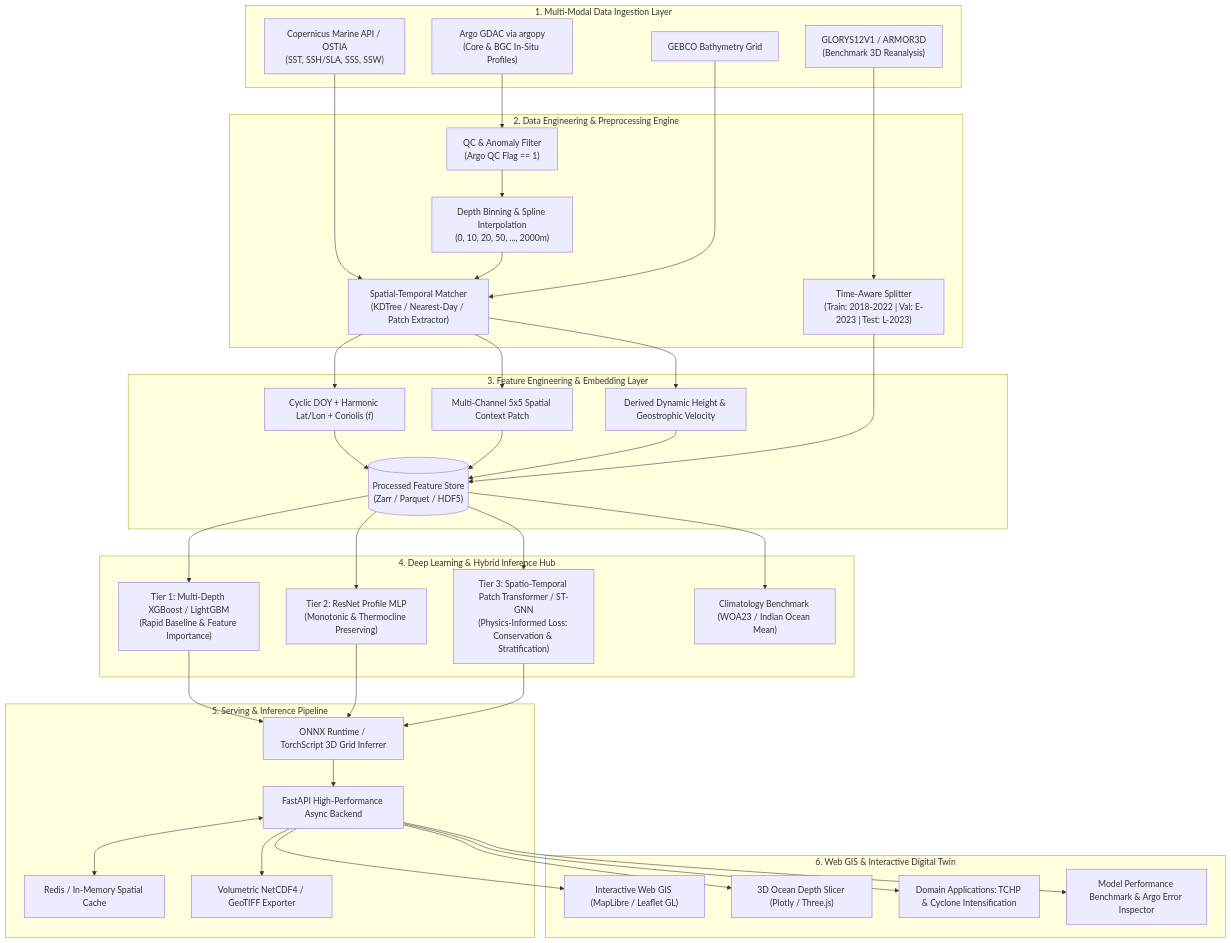
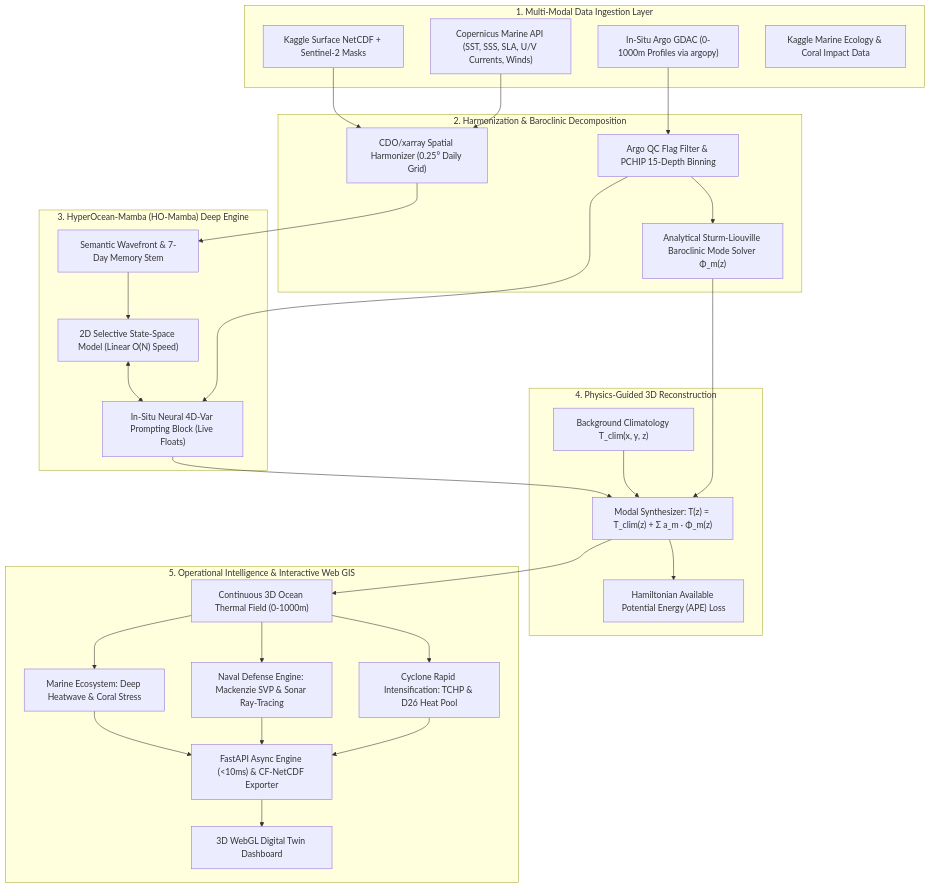
The diagram in README.md (cyber-atharv/ordinary), drawn with Mermaid before and after one commit. The commit also changed other lines of this file and 11 other files, not shown here.

Commit message:
feat: implement oceanographic data pipeline with Kaggle ingestion, synthetic data generation, and model configurations

````diff
--- a/README.md
+++ b/README.md
@@ -34,65 +52,52 @@
 ```mermaid
 flowchart TB
-    subgraph DataIngestion ["1. Multi-Modal Data Ingestion Layer"]
-        CMEMS["Copernicus Marine API / OSTIA<br/>(SST, SSH/SLA, SSS, SSW)"]
-        ARGO["Argo GDAC via argopy<br/>(Core & BGC In-Situ Profiles)"]
-        REANALYSIS["GLORYS12V1 / ARMOR3D<br/>(Benchmark 3D Reanalysis)"]
-        BATHY["GEBCO Bathymetry Grid"]
+    subgraph IngestionLayer ["1. Multi-Modal Data Ingestion Layer"]
+        KAGGLE_SURF["Kaggle Surface NetCDF + Sentinel-2 Masks"]
+        CMEMS["Copernicus Marine API (SST, SSS, SLA, U/V Currents, Winds)"]
+        ARGO["In-Situ Argo GDAC (0-1000m Profiles via argopy)"]
+        KAGGLE_ECO["Kaggle Marine Ecology & Coral Impact Data"]
     end
 
-    subgraph Preprocessing ["2. Data Engineering & Preprocessing Engine"]
-        QC["QC & Anomaly Filter<br/>(Argo QC Flag == 1)"]
-        GRID["Depth Binning & Spline Interpolation<br/>(0, 10, 20, 50, ..., 2000m)"]
-        SPATIAL_ALIGN["Spatial-Temporal Matcher<br/>(KDTree / Nearest-Day / Patch Extractor)"]
-        SPLIT["Time-Aware Splitter<br/>(Train: 2018-2022 | Val: E-2023 | Test: L-2023)"]
+    subgraph PreprocessingEngine ["2. Harmonization & Baroclinic Decomposition"]
+        REGRID["CDO/xarray Spatial Harmonizer (0.25° Daily Grid)"]
+        ARGO_QC["Argo QC Flag Filter & PCHIP 15-Depth Binning"]
+        STURM["Analytical Sturm-Liouville Baroclinic Mode Solver Φ_m(z)"]
+        
+        KAGGLE_SURF & CMEMS --> REGRID
+        ARGO --> ARGO_QC
+        ARGO_QC --> STURM
     end
 
-    subgraph FeatureStore ["3. Feature Engineering & Embedding Layer"]
-        FEAT_GEO["Cyclic DOY + Harmonic Lat/Lon + Coriolis (f)"]
-        FEAT_EMBED["Multi-Channel 5x5 Spatial Context Patch"]
-        FEAT_DERIV["Derived Dynamic Height & Geostrophic Velocity"]
-        ZARR_STORE[("Processed Feature Store<br/>(Zarr / Parquet / HDF5)")]
+    subgraph HybridBackbone ["3. HyperOcean-Mamba (HO-Mamba) Deep Engine"]
+        WAVE_STEM["Semantic Wavefront & 7-Day Memory Stem"]
+        MAMBA_SSM["2D Selective State-Space Model (Linear O(N) Speed)"]
+        IN_SITU_PROMPT["In-Situ Neural 4D-Var Prompting Block (Live Floats)"]
+        
+        REGRID --> WAVE_STEM --> MAMBA_SSM
+        ARGO_QC --> IN_SITU_PROMPT
+        MAMBA_SSM <--> IN_SITU_PROMPT
     end
 
-    subgraph ModelHub ["4. Deep Learning & Hybrid Inference Hub"]
-        T1["Tier 1: Multi-Depth XGBoost / LightGBM<br/>(Rapid Baseline & Feature Importance)"]
-        T2["Tier 2: ResNet Profile MLP<br/>(Monotonic & Thermocline Preserving)"]
-        T3["Tier 3: Spatio-Temporal Patch Transformer / ST-GNN<br/>(Physics-Informed Loss: Conservation & Stratification)"]
-        CLIM["Climatology Benchmark (WOA23 / Indian Ocean Mean)"]
+    subgraph PhysicsReconstruction ["4. Physics-Guided 3D Reconstruction"]
+        CLIM["Background Climatology T_clim(x, y, z)"]
+        APE_LOSS["Hamiltonian Available Potential Energy (APE) Loss"]
+        MODAL_SYNTH["Modal Synthesizer: T(z) = T_clim(z) + Σ a_m · Φ_m(z)"]
+        
+        IN_SITU_PROMPT --> MODAL_SYNTH
+        STURM --> MODAL_SYNTH
+        CLIM --> MODAL_SYNTH
+        MODAL_SYNTH --> APE_LOSS
     end
 
-    subgraph ServingLayer ["5. Serving & Inference Pipeline"]
-        FASTAPI["FastAPI High-Performance Async Backend"]
-        CACHE["Redis / In-Memory Spatial Cache"]
-        INFER_ENGINE["ONNX Runtime / TorchScript 3D Grid Inferrer"]
-        NETCDF_EXP["Volumetric NetCDF4 / GeoTIFF Exporter"]
+    subgraph TacticalTwin ["5. Operational Intelligence & Interactive Web GIS"]
+        FIELD_3D["Continuous 3D Ocean Thermal Field (0-1000m)"]
+        TCHP["Cyclone Rapid Intensification: TCHP & D26 Heat Pool"]
+        SONAR["Naval Defense Engine: Mackenzie SVP & Sonar Ray-Tracing"]
+        MHW_ECO["Marine Ecosystem: Deep Heatwave & Coral Stress"]
+        FASTAPI["FastAPI Async Engine (<10ms) & CF-NetCDF Exporter"]
+        WEB_GIS["3D WebGL Digital Twin Dashboard"]
+        
+        MODAL_SYNTH --> FIELD_3D
+        FIELD_3D --> TCHP & SONAR & MHW_ECO --> FASTAPI --> WEB_GIS
     end
-
-    subgraph PresentationLayer ["6. Web GIS & Interactive Digital Twin"]
-        UI_MAP["Interactive Web GIS (MapLibre / Leaflet GL)"]
-        UI_3D["3D Ocean Depth Slicer (Plotly / Three.js)"]
-        UI_ANALYTICS["Domain Applications: TCHP & Cyclone Intensification"]
-        UI_VAL["Model Performance Benchmark & Argo Error Inspector"]
-    end
-
-    CMEMS --> SPATIAL_ALIGN
-    ARGO --> QC --> GRID --> SPATIAL_ALIGN
-    REANALYSIS --> SPLIT
-    BATHY --> SPATIAL_ALIGN
-
-    SPATIAL_ALIGN --> FEAT_GEO --> ZARR_STORE
-    SPATIAL_ALIGN --> FEAT_EMBED --> ZARR_STORE
-    SPATIAL_ALIGN --> FEAT_DERIV --> ZARR_STORE
-    SPLIT --> ZARR_STORE
-
-    ZARR_STORE --> T1
-    ZARR_STORE --> T2
-    ZARR_STORE --> T3
-    ZARR_STORE --> CLIM
-
-    T1 & T2 & T3 --> INFER_ENGINE
-    INFER_ENGINE --> FASTAPI
-    FASTAPI <--> CACHE
-    FASTAPI --> NETCDF_EXP
-    FASTAPI --> UI_MAP & UI_3D & UI_ANALYTICS & UI_VAL
 ```
````
